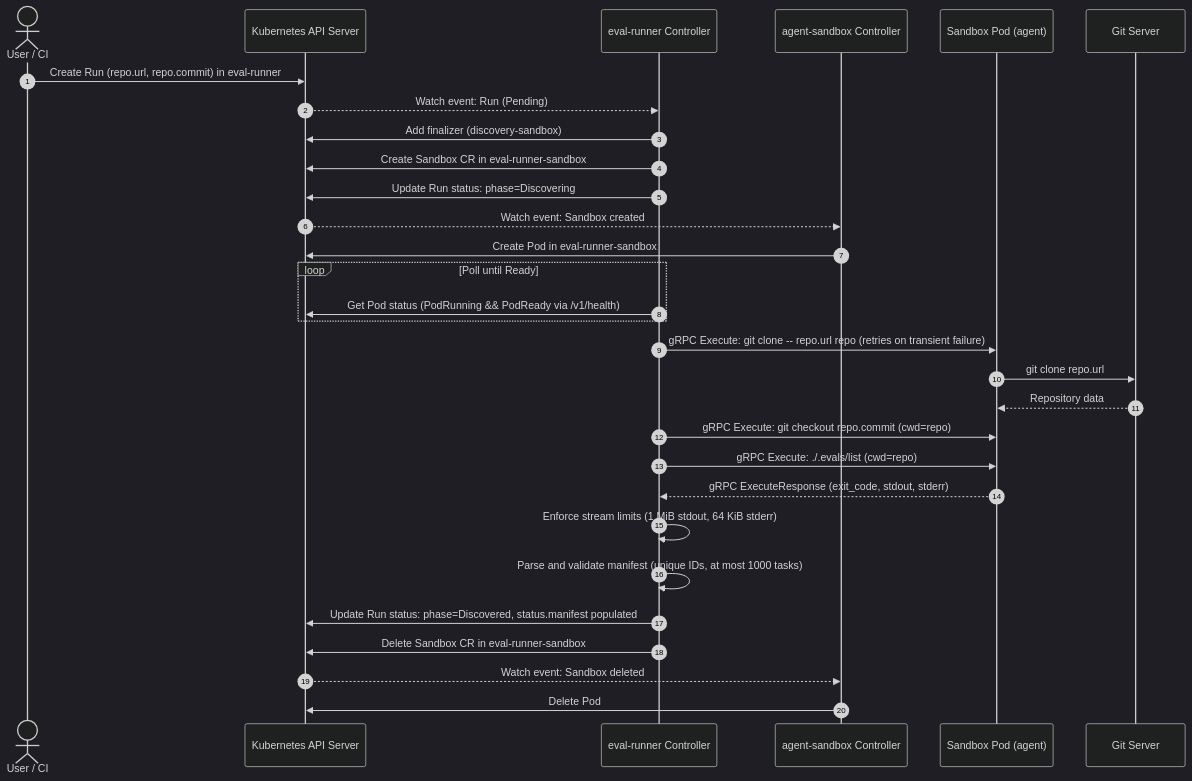
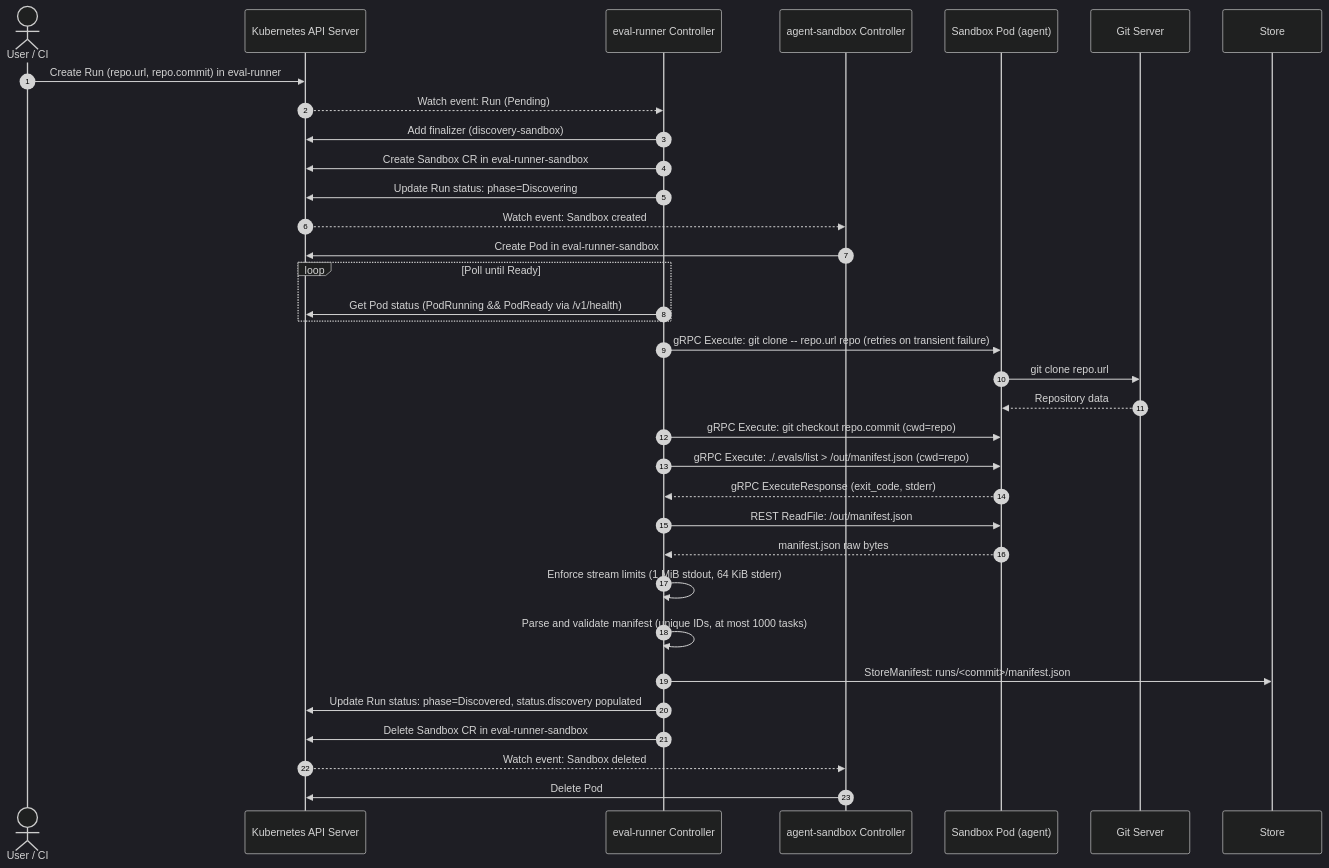
The diagram in docs/architecture.md (codebot-robot/eval-runner), drawn with Mermaid (dark theme) before and after one commit. The commit also changed other lines of this file and 22 other files, not shown here.

First line of the commit message:
storage: move .evals/list manifest out of Run status into artifact store (#53)

````diff
--- a/docs/architecture.md
+++ b/docs/architecture.md
@@ -193,33 +198,36 @@
 ```mermaid
 sequenceDiagram
     autonumber
     actor User as User / CI
     participant API as Kubernetes API Server
     participant Ctrl as eval-runner Controller
     participant SB as agent-sandbox Controller
     participant Pod as Sandbox Pod (agent)
     participant Git as Git Server
 
     User->>API: Create Run (repo.url, repo.commit) in eval-runner
     API-->>Ctrl: Watch event: Run (Pending)
     Ctrl->>API: Add finalizer (discovery-sandbox)
     Ctrl->>API: Create Sandbox CR in eval-runner-sandbox
     Ctrl->>API: Update Run status: phase=Discovering
     API-->>SB: Watch event: Sandbox created
     SB->>API: Create Pod in eval-runner-sandbox
     loop Poll until Ready
         Ctrl->>API: Get Pod status (PodRunning && PodReady via /v1/health)
     end
     Ctrl->>Pod: gRPC Execute: git clone -- repo.url repo (retries on transient failure)
     Pod->>Git: git clone repo.url
     Git-->>Pod: Repository data
     Ctrl->>Pod: gRPC Execute: git checkout repo.commit (cwd=repo)
-    Ctrl->>Pod: gRPC Execute: ./.evals/list (cwd=repo)
-    Pod-->>Ctrl: gRPC ExecuteResponse (exit_code, stdout, stderr)
+    Ctrl->>Pod: gRPC Execute: ./.evals/list > /out/manifest.json (cwd=repo)
+    Pod-->>Ctrl: gRPC ExecuteResponse (exit_code, stderr)
+    Ctrl->>Pod: REST ReadFile: /out/manifest.json
+    Pod-->>Ctrl: manifest.json raw bytes
     Ctrl->>Ctrl: Enforce stream limits (1 MiB stdout, 64 KiB stderr)
     Ctrl->>Ctrl: Parse and validate manifest (unique IDs, at most 1000 tasks)
-    Ctrl->>API: Update Run status: phase=Discovered, status.manifest populated
+    Ctrl->>Store: StoreManifest: runs/<commit>/manifest.json
+    Ctrl->>API: Update Run status: phase=Discovered, status.discovery populated
     Ctrl->>API: Delete Sandbox CR in eval-runner-sandbox
     API-->>SB: Watch event: Sandbox deleted
     SB->>API: Delete Pod
 ```
````
